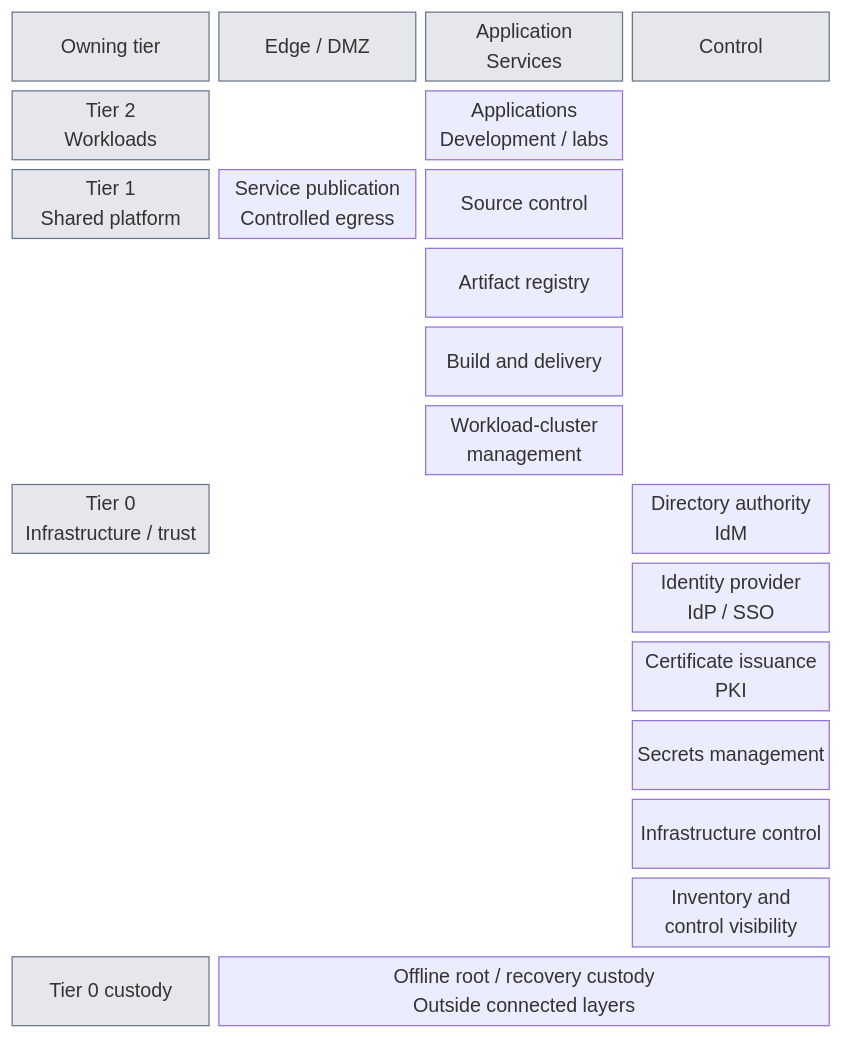
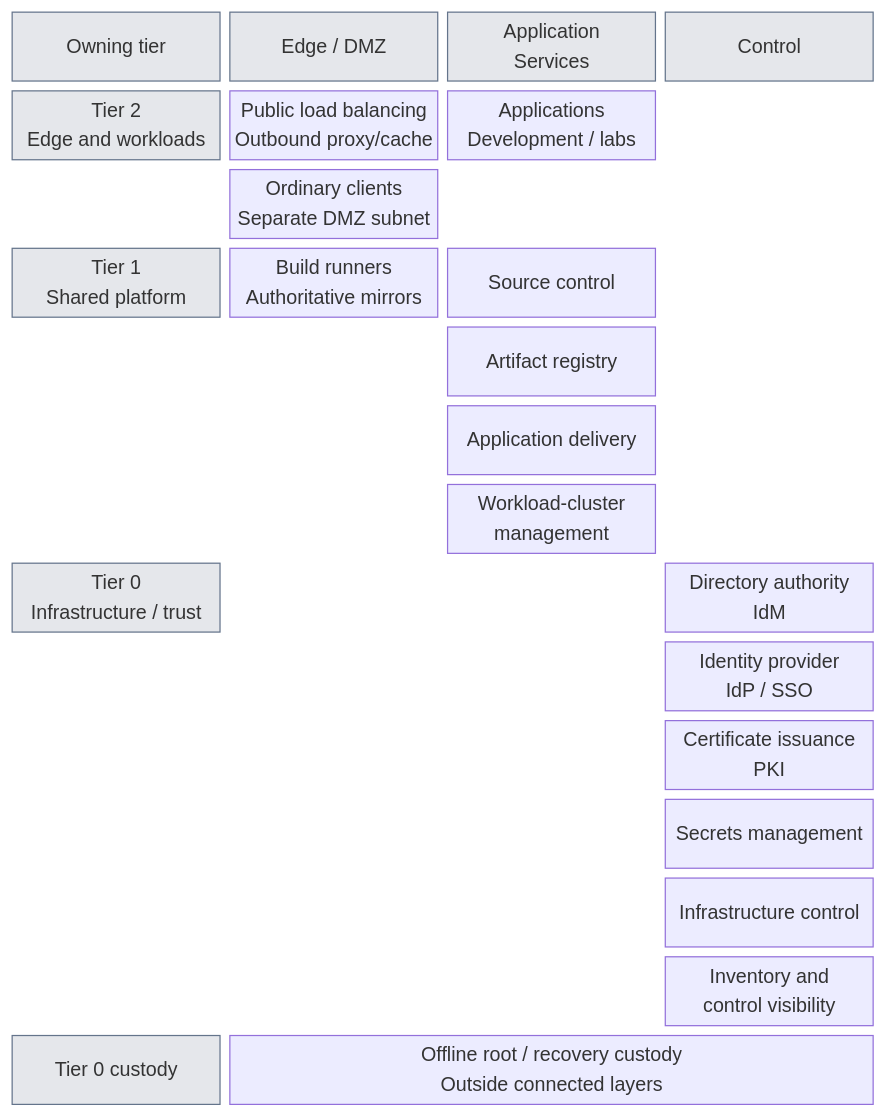
One commit to Rexus/homelab changed the first of 3 diagrams in docs/architecture/README.md. Above: the diagram before and after it, drawn with Mermaid. The commit also changed other lines of this file and 104 other files, not shown here.

````diff
--- a/docs/architecture/README.md
+++ b/docs/architecture/README.md
@@ -53,28 +53,29 @@
 ```mermaid
 block-beta
   columns 4
   Ownership["Owning tier"] Edge["Edge / DMZ"] Application["Application<br/>Services"] Control["Control"]
-  T2["Tier 2<br/>Workloads"]
-  space
+  T2["Tier 2<br/>Edge and workloads"]
+  PublicEdge["Public load balancing<br/>Outbound proxy/cache"]
   Workloads["Applications<br/>Development / labs"]
   space
+  space Clients["Ordinary clients<br/>Separate DMZ subnet"] space:2
   T1["Tier 1<br/>Shared platform"]
-  Publication["Service publication<br/>Controlled egress"]
+  Publication["Build runners<br/>Authoritative mirrors"]
   Source["Source control"]
   space
   space:2 Artifacts["Artifact registry"] space
-  space:2 Delivery["Build and delivery"] space
+  space:2 Delivery["Application delivery"] space
   space:2 WorkloadManagement["Workload-cluster<br/>management"] space
   T0["Tier 0<br/>Infrastructure / trust"]
   space:2
   IdM["Directory authority<br/>IdM"]
   space:3 IdP["Identity provider<br/>IdP / SSO"]
   space:3 PKI["Certificate issuance<br/>PKI"]
   space:3 Secrets["Secrets management"]
   space:3 Infrastructure["Infrastructure control"]
   space:3 Operations["Inventory and<br/>control visibility"]
   Custodians["Tier 0 custody"]
   Offline["Offline root / recovery custody<br/>Outside connected layers"]:3
   classDef axis fill:#e5e7eb,stroke:#64748b,color:#111827
   class Ownership,Edge,Application,Control,T2,T1,T0,Custodians axis
 ```
````
